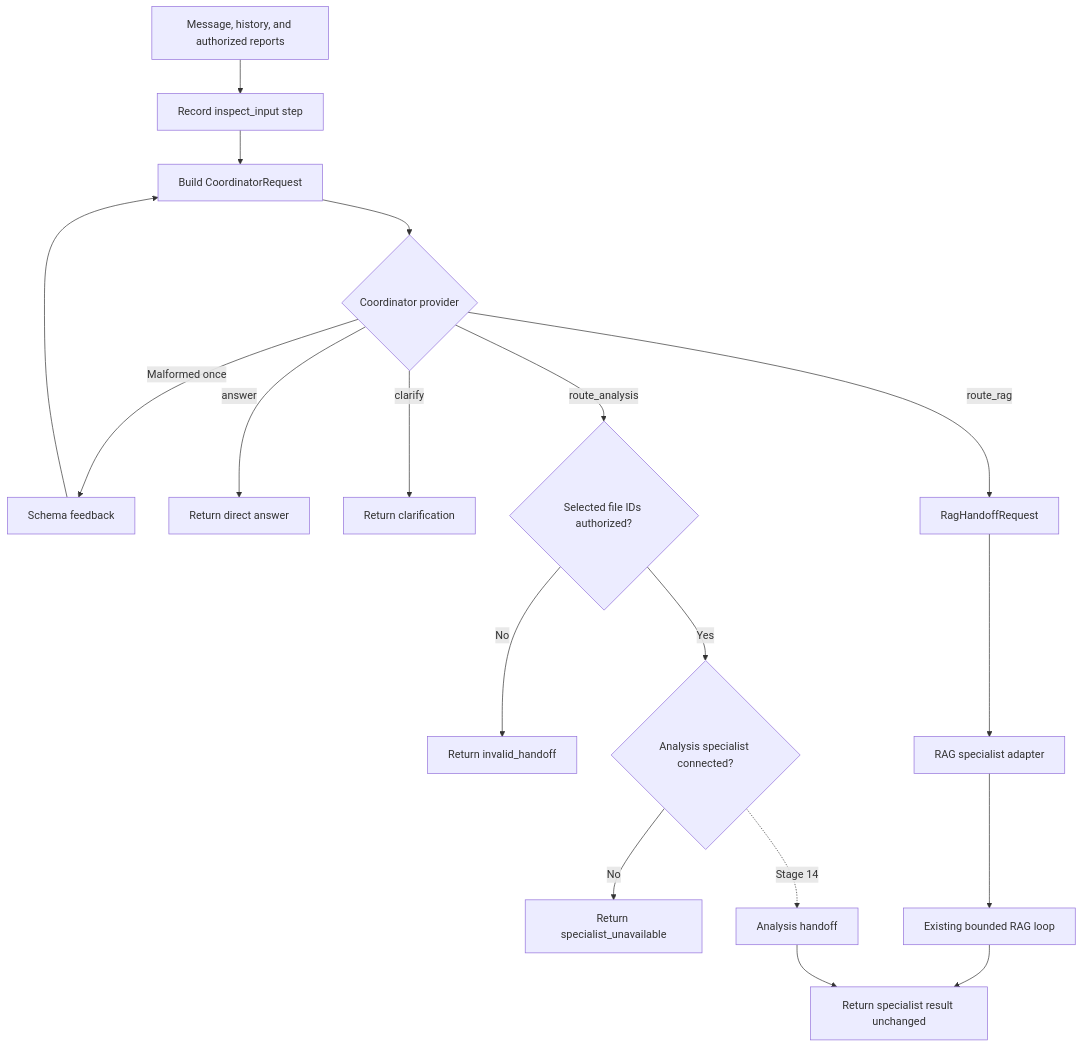
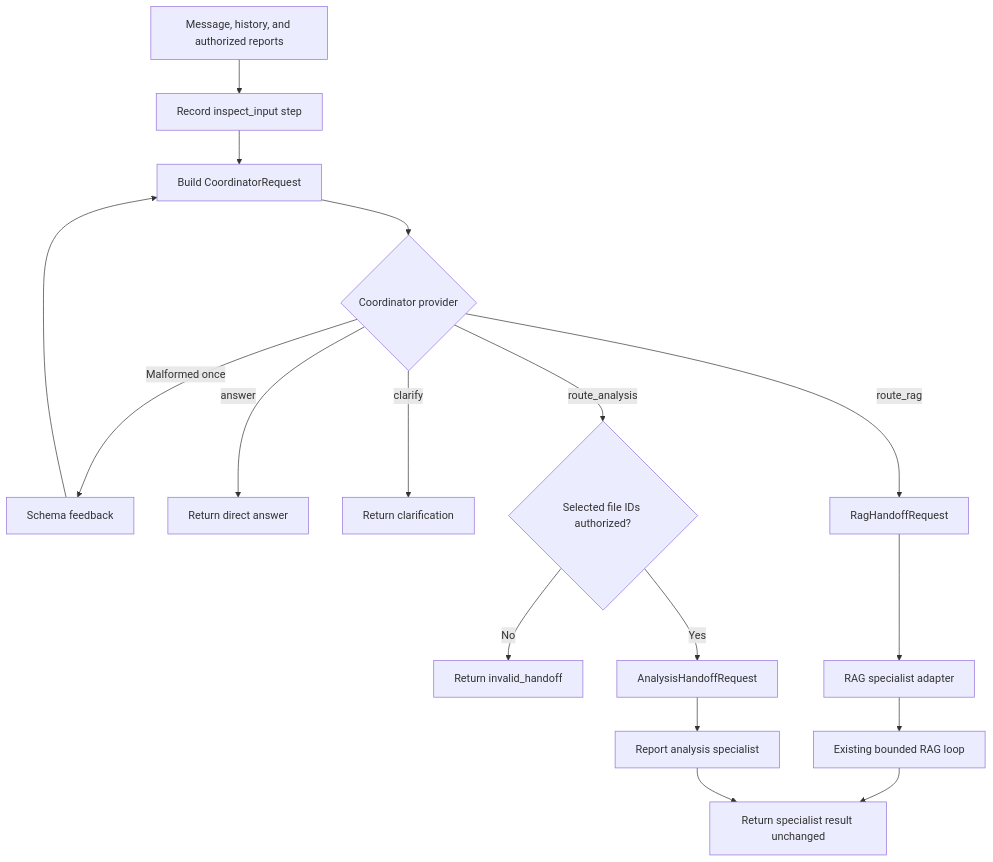
One commit to govtech-responsibleai/agentic-eval-toyapp changed the eighth of 16 diagrams in architecture.md. Above: the diagram before and after it, drawn with Mermaid. The commit also changed other lines of this file and 17 other files, not shown here.

Commit message:
feat(toyapp): add one-call report analysis

````diff
--- a/architecture.md
+++ b/architecture.md
@@ -455,20 +464,19 @@
 ```mermaid
 flowchart TD
     Turn[Message, history, and authorized reports] --> Inspect[Record inspect_input step]
     Inspect --> Request[Build CoordinatorRequest]
     Request --> Provider{Coordinator provider}
     Provider -->|Malformed once| Repair[Schema feedback]
     Repair --> Request
     Provider -->|answer| Direct[Return direct answer]
     Provider -->|clarify| Clarify[Return clarification]
     Provider -->|route_rag| RAG[RagHandoffRequest]
     Provider -->|route_analysis| Files{Selected file IDs authorized?}
     Files -->|No| Invalid[Return invalid_handoff]
-    Files -->|Yes| AnalysisCheck{Analysis specialist connected?}
-    AnalysisCheck -->|No| Unavailable[Return specialist_unavailable]
+    Files -->|Yes| Analysis[AnalysisHandoffRequest]
     RAG --> Adapter[RAG specialist adapter]
     Adapter --> Policy[Existing bounded RAG loop]
     Policy --> Return[Return specialist result unchanged]
-    AnalysisCheck -. Stage 14 .-> Analysis[Analysis handoff]
-    Analysis --> Return
+    Analysis --> Specialist[Report analysis specialist]
+    Specialist --> Return
 ```
````
